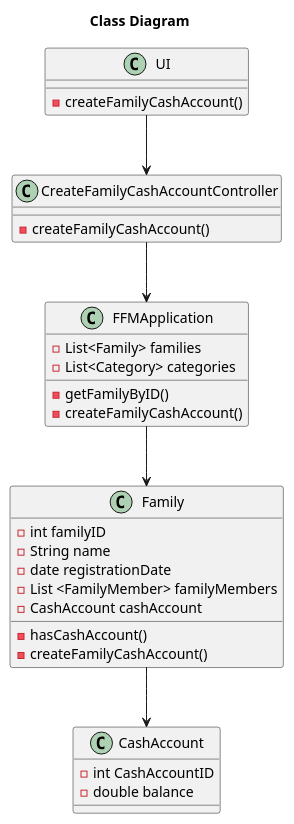
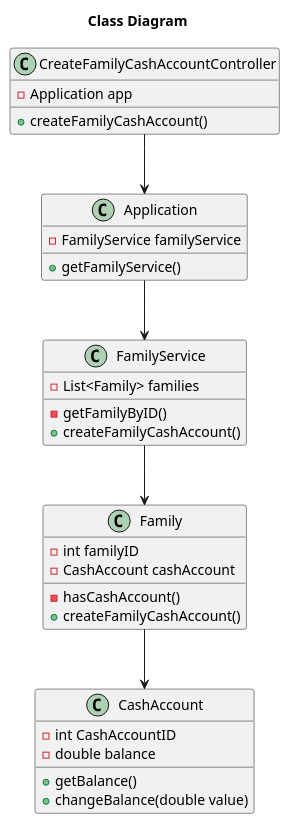
The third of 3 diagrams in docs/US120_CreateFamilyCashAccount.md (tomas-osswald/switch_2020_g3), drawn with PlantUML before and after one commit. The commit also changed other lines of this file and 1 other file, not shown here.

Commit message:
Update to sequence diagrams for us120 and general ClassDiagram.md

````diff
--- a/docs/US120_CreateFamilyCashAccount.md
+++ b/docs/US120_CreateFamilyCashAccount.md
@@ -102,41 +107,39 @@
 ```puml
 
 title Class Diagram
 
-class UI {
-  - createFamilyCashAccount()
+class CreateFamilyCashAccountController {
+  - Application app
+  + createFamilyCashAccount()
 }
 
-class CreateFamilyCashAccountController {
-  - createFamilyCashAccount()
+class Application {
+  - FamilyService familyService
+  + getFamilyService()
 }
 
-class FFMApplication {
+class FamilyService {
   - List<Family> families
-  - List<Category> categories
   - getFamilyByID()
-  - createFamilyCashAccount()
+  + createFamilyCashAccount()
 }
 
 class Family {
   - int familyID
-  - String name
-  - date registrationDate
-  - List <FamilyMember> familyMembers
   - CashAccount cashAccount
   - hasCashAccount()
-  - createFamilyCashAccount()
+  + createFamilyCashAccount()
 }
 
 class CashAccount {
   - int CashAccountID
   - double balance
+  + getBalance()
+  + changeBalance(double value)
 }
 
-
-UI --> CreateFamilyCashAccountController
-CreateFamilyCashAccountController --> FFMApplication
+CreateFamilyCashAccountController --> Application
+Application --> FamilyService
 Family --> CashAccount
-FFMApplication --> Family
-
+FamilyService --> Family
 ```
````
